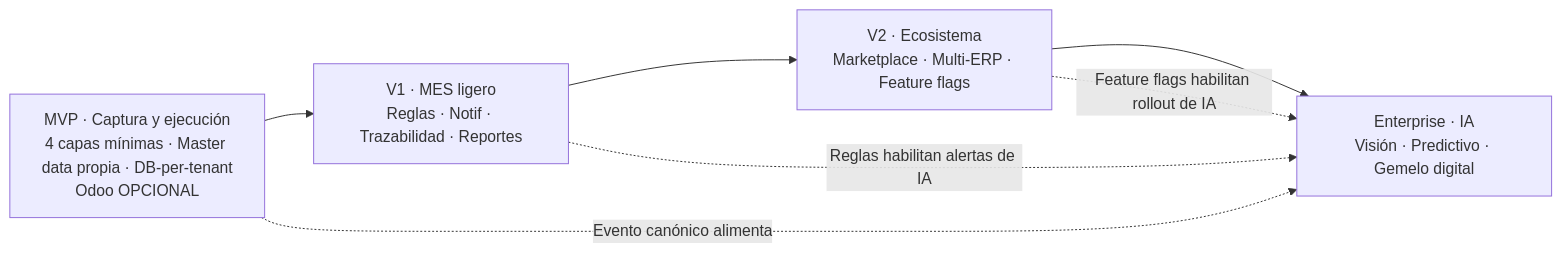
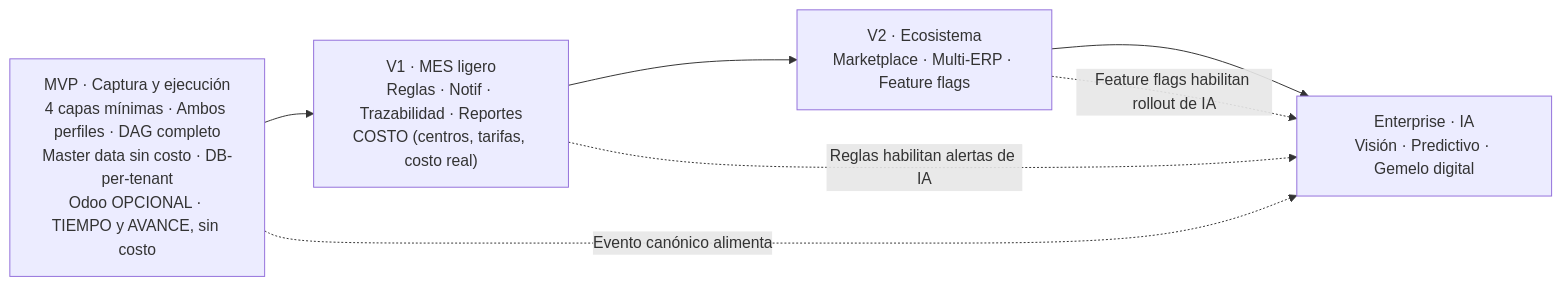
Before and after one commit to buttiepedro/mes: the second of 2 diagrams in docs/specs/roadmap/roadmap.md, drawn with Mermaid. The commit also changed other lines of this file and 17 other files, not shown here.

````diff
--- a/docs/specs/roadmap/roadmap.md
+++ b/docs/specs/roadmap/roadmap.md
@@ -74,11 +84,11 @@
 ```mermaid
 flowchart LR
-    MVP["MVP · Captura y ejecución<br/>4 capas mínimas · Master data propia · DB-per-tenant<br/>Odoo OPCIONAL"]
-    V1["V1 · MES ligero<br/>Reglas · Notif · Trazabilidad · Reportes"]
+    MVP["MVP · Captura y ejecución<br/>4 capas mínimas · Ambos perfiles · DAG completo<br/>Master data sin costo · DB-per-tenant<br/>Odoo OPCIONAL · TIEMPO y AVANCE, sin costo"]
+    V1["V1 · MES ligero<br/>Reglas · Notif · Trazabilidad · Reportes<br/>COSTO (centros, tarifas, costo real)"]
     V2["V2 · Ecosistema<br/>Marketplace · Multi-ERP · Feature flags"]
     ENT["Enterprise · IA<br/>Visión · Predictivo · Gemelo digital"]
     MVP --> V1 --> V2 --> ENT
     MVP -. Evento canónico alimenta .-> ENT
     V1 -. Reglas habilitan alertas de IA .-> ENT
     V2 -. Feature flags habilitan rollout de IA .-> ENT
 ```
````
